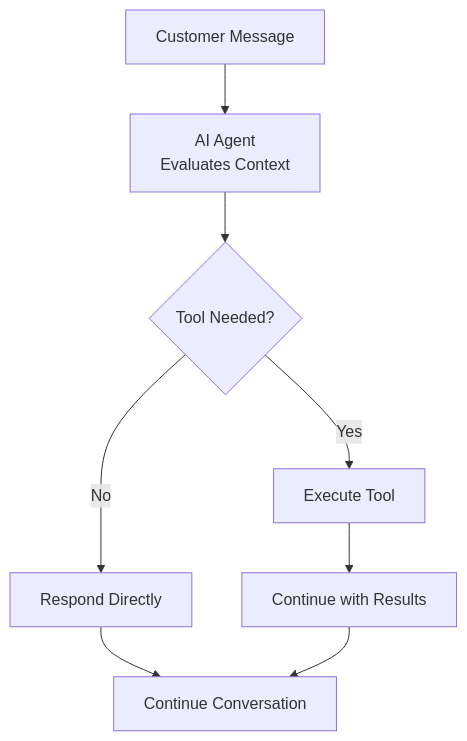
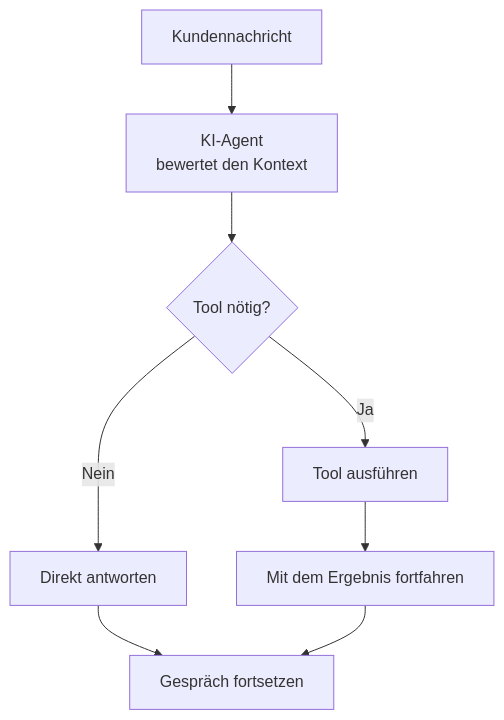
One commit to robertvy/docs changed the diagram in de/build/tools/overview.mdx. Above: the diagram before and after it, drawn with Mermaid. The commit also changed other lines of this file and 100 other files, not shown here.

````diff
--- a/de/build/tools/overview.mdx
+++ b/de/build/tools/overview.mdx
@@ -26,10 +26,10 @@
 ```mermaid
 graph TD
-    A[Customer Message] --> B[AI Agent<br/>Evaluates Context]
-    B --> C{Tool Needed?}
-    C -->|No| D[Respond Directly]
-    C -->|Yes| E[Execute Tool]
-    E --> F[Continue with Results]
-    D --> G[Continue Conversation]
+    A[Kundennachricht] --> B[KI-Agent<br/>bewertet den Kontext]
+    B --> C{Tool nötig?}
+    C -->|Nein| D[Direkt antworten]
+    C -->|Ja| E[Tool ausführen]
+    E --> F[Mit dem Ergebnis fortfahren]
+    D --> G[Gespräch fortsetzen]
     F --> G
 ```
````
